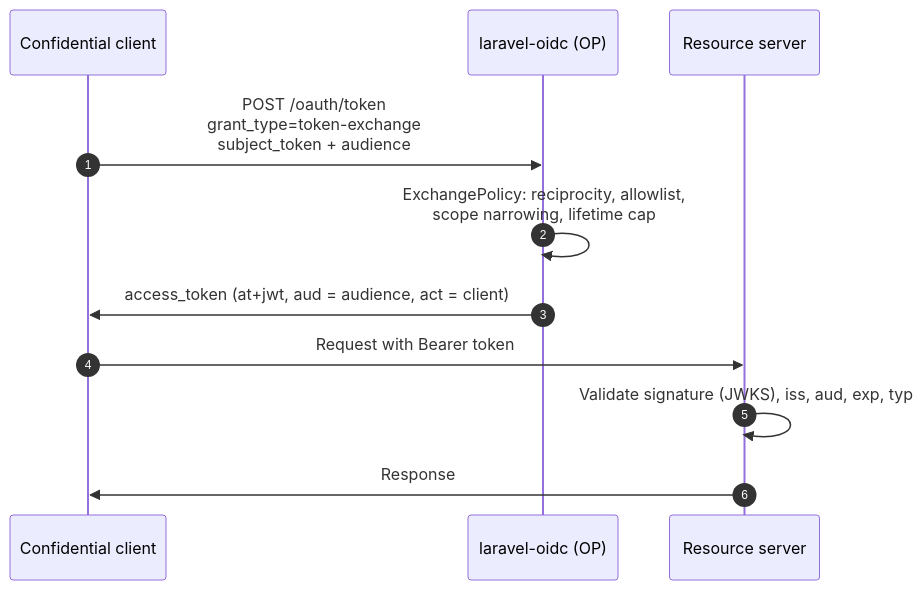
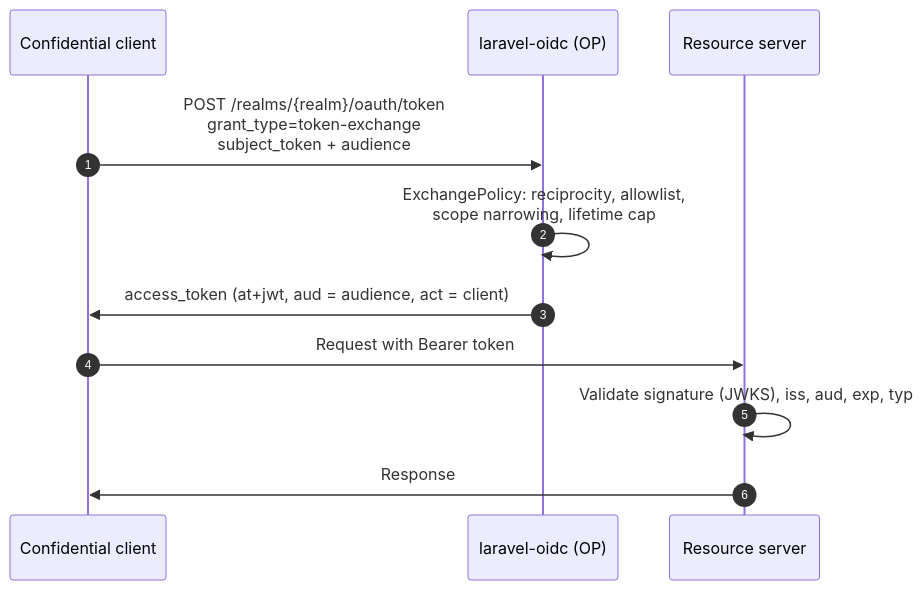
Before and after one commit to bambamboole/laravel-oidc: the diagram in docs/content/docs/provider/token-exchange.md, drawn with Mermaid. The commit also changed other lines of this file and 16 other files, not shown here.

````diff
--- a/docs/content/docs/provider/token-exchange.md
+++ b/docs/content/docs/provider/token-exchange.md
@@ -16,14 +16,14 @@
 ```mermaid
 sequenceDiagram
     autonumber
     participant C as Confidential client
     participant OP as laravel-oidc (OP)
     participant RS as Resource server
 
-    C->>OP: POST /oauth/token<br/>grant_type=token-exchange<br/>subject_token + audience
+    C->>OP: POST /realms/{realm}/oauth/token<br/>grant_type=token-exchange<br/>subject_token + audience
     OP->>OP: ExchangePolicy: reciprocity, allowlist,<br/>scope narrowing, lifetime cap
     OP->>C: access_token (at+jwt, aud = audience, act = client)
     C->>RS: Request with Bearer token
     RS->>RS: Validate signature (JWKS), iss, aud, exp, typ
     RS->>C: Response
 ```
````
